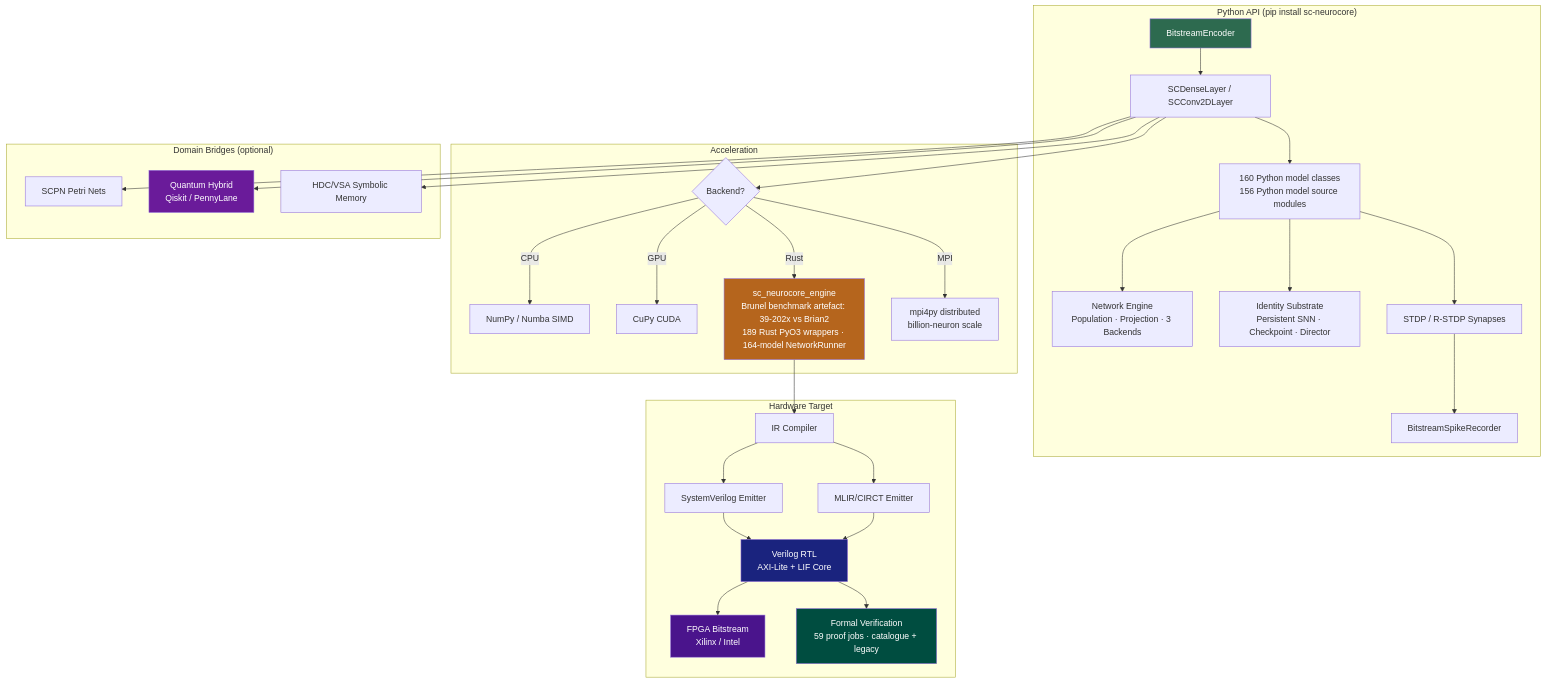
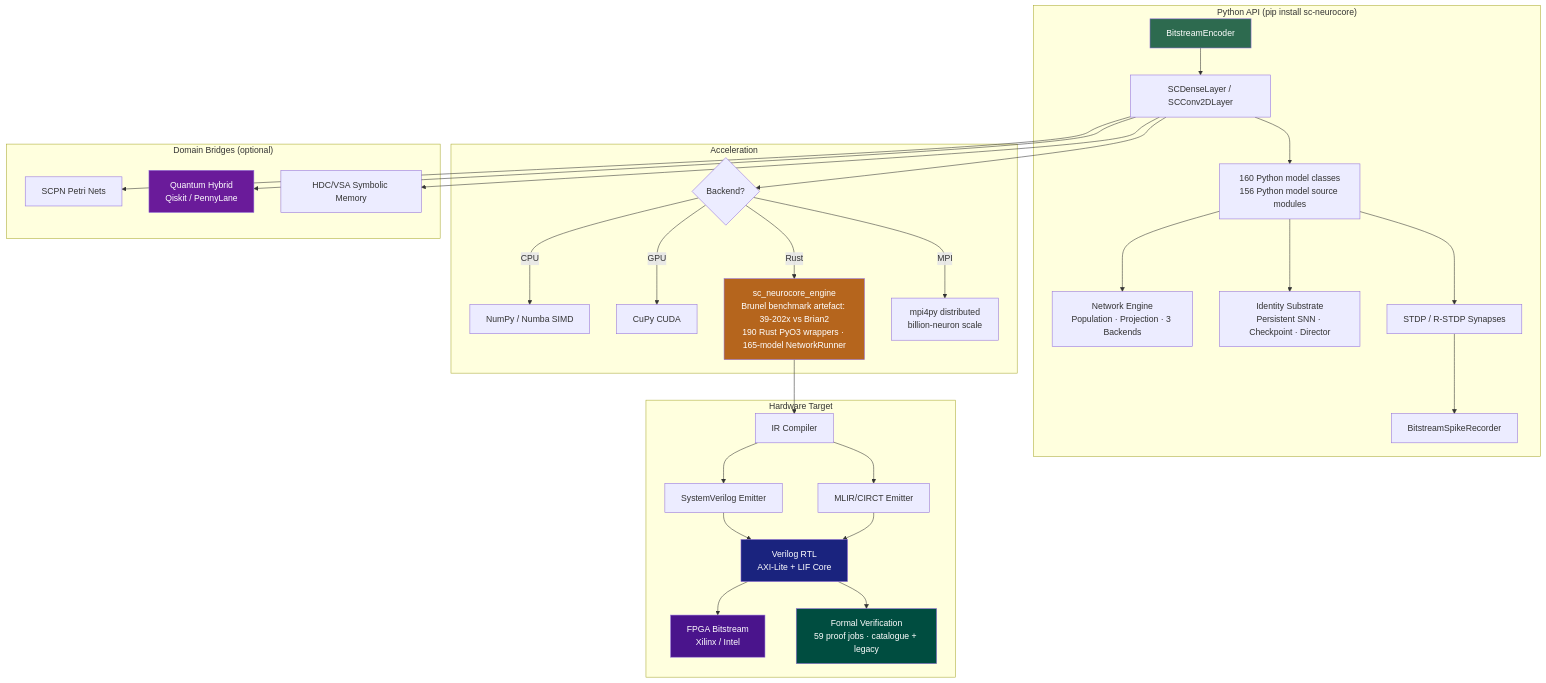
Before and after one commit to anulum/sc-neurocore: the diagram in README.md, drawn with Mermaid. The commit also changed other lines of this file and 87 other files, not shown here.

````diff
--- a/README.md
+++ b/README.md
@@ -374,42 +374,42 @@
 ```mermaid
 graph TD
     subgraph "Python API (pip install sc-neurocore)"
         A[BitstreamEncoder] --> B[SCDenseLayer / SCConv2DLayer]
         B --> C[160 Python model classes<br/>156 Python model source modules]
         C --> NET[Network Engine<br/>Population · Projection · 3 Backends]
         C --> ID[Identity Substrate<br/>Persistent SNN · Checkpoint · Director]
         C --> D[STDP / R-STDP Synapses]
         D --> E[BitstreamSpikeRecorder]
     end
 
     subgraph "Acceleration"
         B --> F{Backend?}
         F -->|CPU| G[NumPy / Numba SIMD]
         F -->|GPU| H[CuPy CUDA]
-        F -->|Rust| I[sc_neurocore_engine<br/>Brunel benchmark artefact: 39-202x vs Brian2<br/>189 Rust PyO3 wrappers · 164-model NetworkRunner]
+        F -->|Rust| I[sc_neurocore_engine<br/>Brunel benchmark artefact: 39-202x vs Brian2<br/>190 Rust PyO3 wrappers · 165-model NetworkRunner]
         F -->|MPI| MPI[mpi4py distributed<br/>billion-neuron scale]
     end
 
     subgraph "Hardware Target"
         I --> J[IR Compiler]
         J --> K[SystemVerilog Emitter]
         J --> K2[MLIR/CIRCT Emitter]
         K --> L[Verilog RTL<br/>AXI-Lite + LIF Core]
         K2 --> L
         L --> M[FPGA Bitstream<br/>Xilinx / Intel]
         L --> V[Formal Verification<br/>59 proof jobs · catalogue + legacy]
     end
 
     subgraph "Domain Bridges (optional)"
         B --> N[SCPN Petri Nets]
         B --> O[Quantum Hybrid<br/>Qiskit / PennyLane]
         B --> P[HDC/VSA Symbolic Memory]
     end
 
     style A fill:#2d6a4f,color:#fff
     style I fill:#b5651d,color:#fff
     style L fill:#1a237e,color:#fff
     style M fill:#4a148c,color:#fff
     style O fill:#6a1b9a,color:#fff
     style V fill:#004d40,color:#fff
 ```
````
